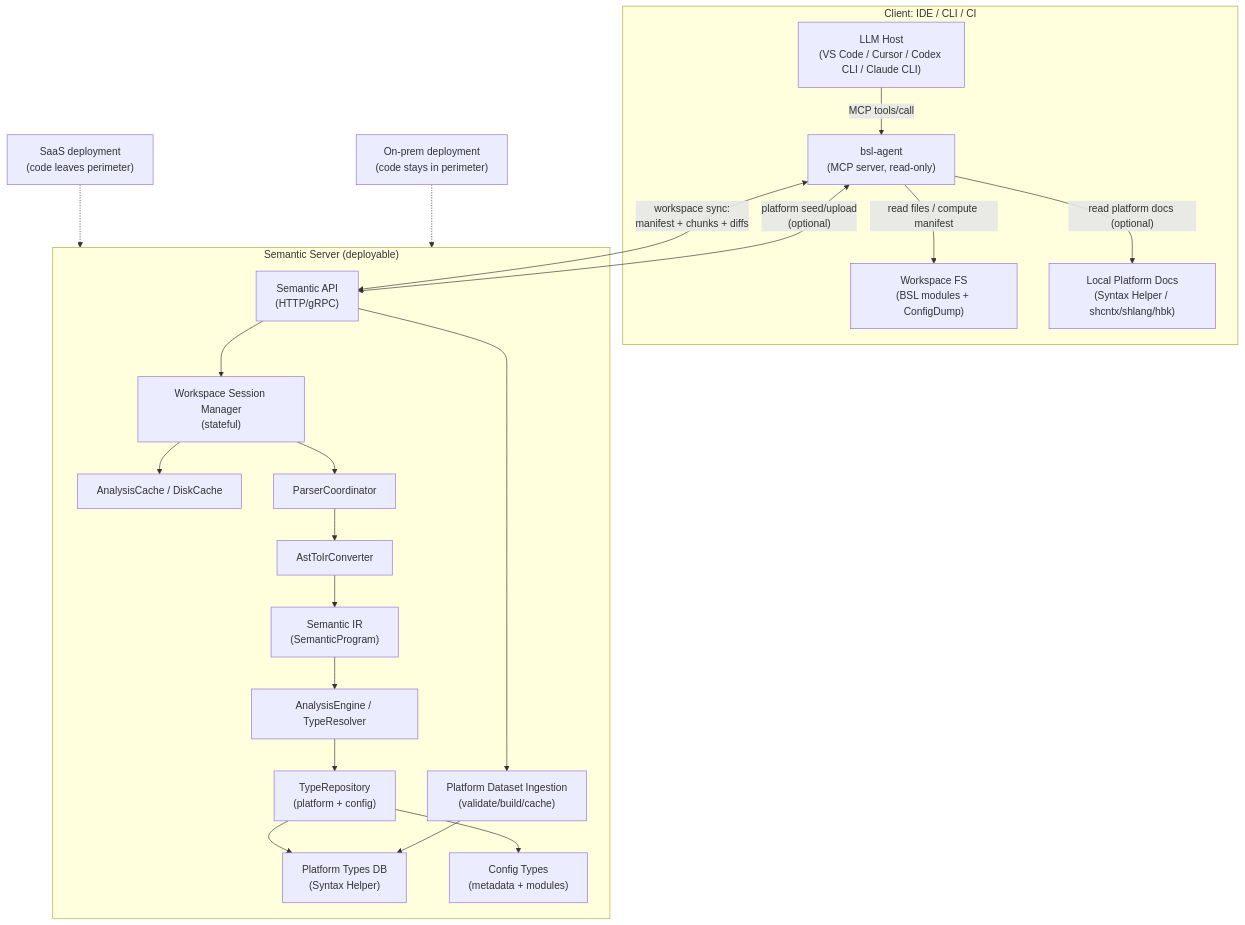
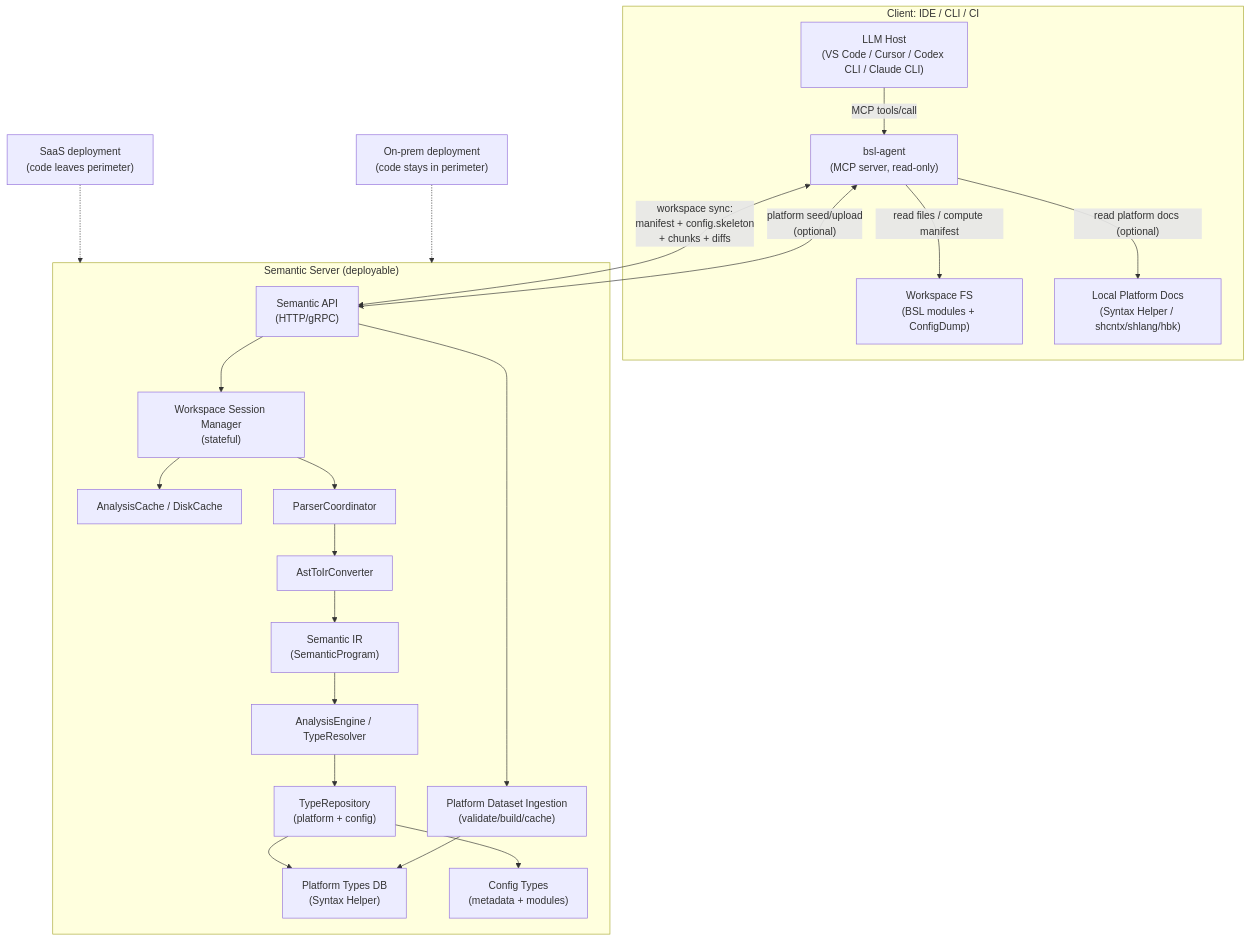
The diagram in docs/roadmap/future-architecture/architecture-vnext.md (defin85/bsl-gradual-types), drawn with Mermaid before and after one commit. The commit also changed other lines of this file and 8 other files, not shown here.

````diff
--- a/docs/roadmap/future-architecture/architecture-vnext.md
+++ b/docs/roadmap/future-architecture/architecture-vnext.md
@@ -78,54 +106,54 @@
 ```mermaid
 graph TB
   %% ======================
   %% Client side
   %% ======================
   subgraph Client["Client: IDE / CLI / CI"]
     Host["LLM Host<br/>(VS Code / Cursor / Codex CLI / Claude CLI)"]
     Agent["bsl-agent<br/>(MCP server, read-only)"]
     FS["Workspace FS<br/>(BSL modules + ConfigDump)"]
     PlatformDocsFS["Local Platform Docs<br/>(Syntax Helper / shcntx/shlang/hbk)"]
     Host -->|"MCP tools/call"| Agent
     Agent -->|"read files / compute manifest"| FS
     Agent -->|"read platform docs (optional)"| PlatformDocsFS
   end
 
   %% ======================
   %% Server side (deployable)
   %% ======================
   subgraph Server["Semantic Server (deployable)"]
     API["Semantic API<br/>(HTTP/gRPC)"]
     Sessions["Workspace Session Manager<br/>(stateful)"]
     Cache["AnalysisCache / DiskCache"]
     Parser["ParserCoordinator"]
     AstToIr["AstToIrConverter"]
     IR["Semantic IR<br/>(SemanticProgram)"]
     Engine["AnalysisEngine / TypeResolver"]
     Types["TypeRepository<br/>(platform + config)"]
     Platform["Platform Types DB<br/>(Syntax Helper)"]
     Config["Config Types<br/>(metadata + modules)"]
     PlatformIngest["Platform Dataset Ingestion<br/>(validate/build/cache)"]
 
     API --> Sessions
     Sessions --> Cache
     Sessions --> Parser --> AstToIr --> IR --> Engine
     Engine --> Types
     Types --> Platform
     Types --> Config
     API --> PlatformIngest --> Platform
   end
 
   %% ======================
   %% Transport boundary
   %% ======================
-  Agent <-->|"workspace sync:<br/>manifest + chunks + diffs"| API
+  Agent <-->|"workspace sync:<br/>manifest + config.skeleton<br/>+ chunks + diffs"| API
   Agent <-->|"platform seed/upload<br/>(optional)"| API
 
   %% ======================
   %% Deployments
   %% ======================
   SaaS["SaaS deployment<br/>(code leaves perimeter)"]
   OnPrem["On-prem deployment<br/>(code stays in perimeter)"]
   SaaS -.-> Server
   OnPrem -.-> Server
 ```
````
